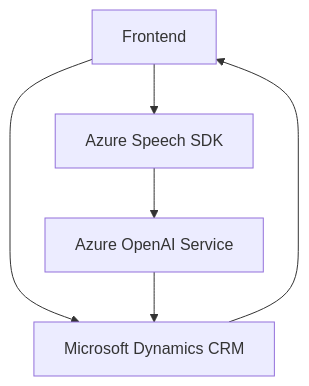
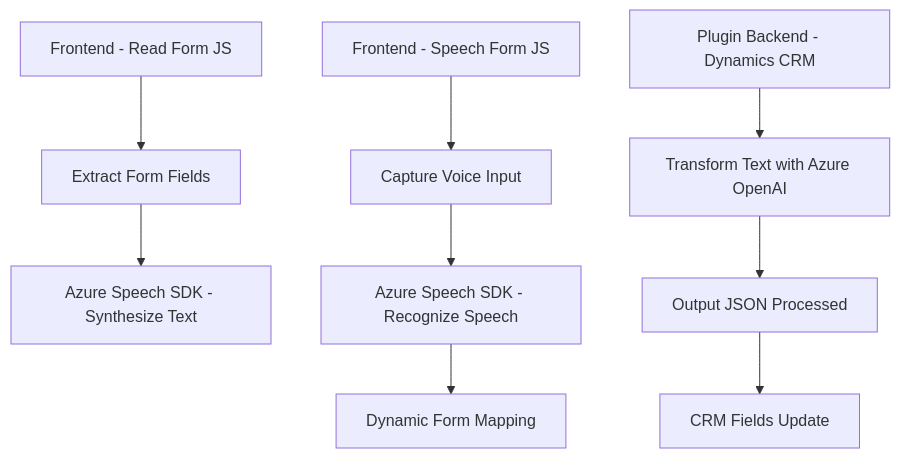
The diagram in README.md (blopezdm/NETCORE_BILBAO2025), drawn with Mermaid before and after one commit. The commit also changed other lines of this file, not shown here.

````diff
--- a/README.md
+++ b/README.md
@@ -50,13 +46,11 @@
 ```mermaid
 graph TD
-    A["Frontend"]
-    B["Azure Speech SDK"]
-    C["Azure OpenAI Service"]
-    D["Microsoft Dynamics CRM"]
-
-    A --> B
-    B --> C
-    A --> D
-    C --> D
-    D --> A
+    A["Frontend - Read Form JS"] --> B["Extract Form Fields"]
+    B --> C["Azure Speech SDK - Synthesize Text"]
+    D["Frontend - Speech Form JS"] --> E["Capture Voice Input"]
+    E --> F["Azure Speech SDK - Recognize Speech"]
+    F --> G["Dynamic Form Mapping"]
+    H["Plugin Backend - Dynamics CRM"] --> I["Transform Text with Azure OpenAI"]
+    I --> J["Output JSON Processed"]
+    J --> K["CRM Fields Update"]
 ```
````
